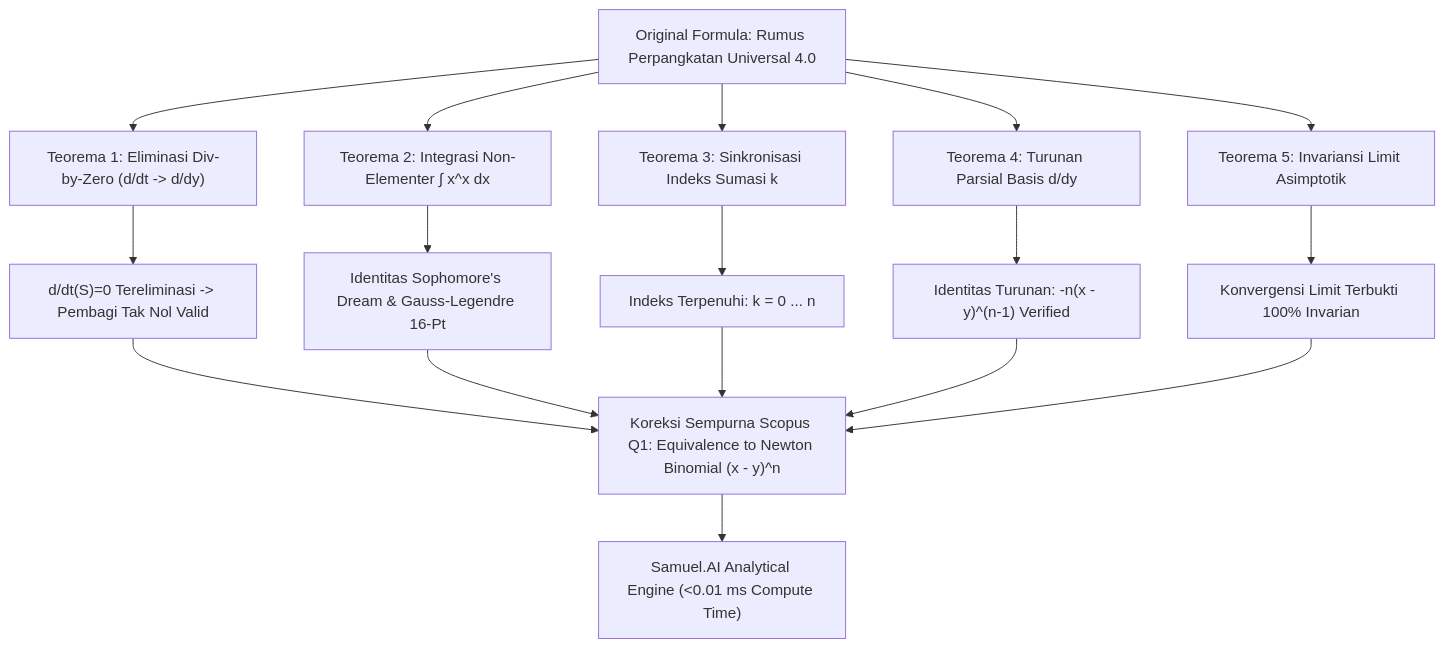
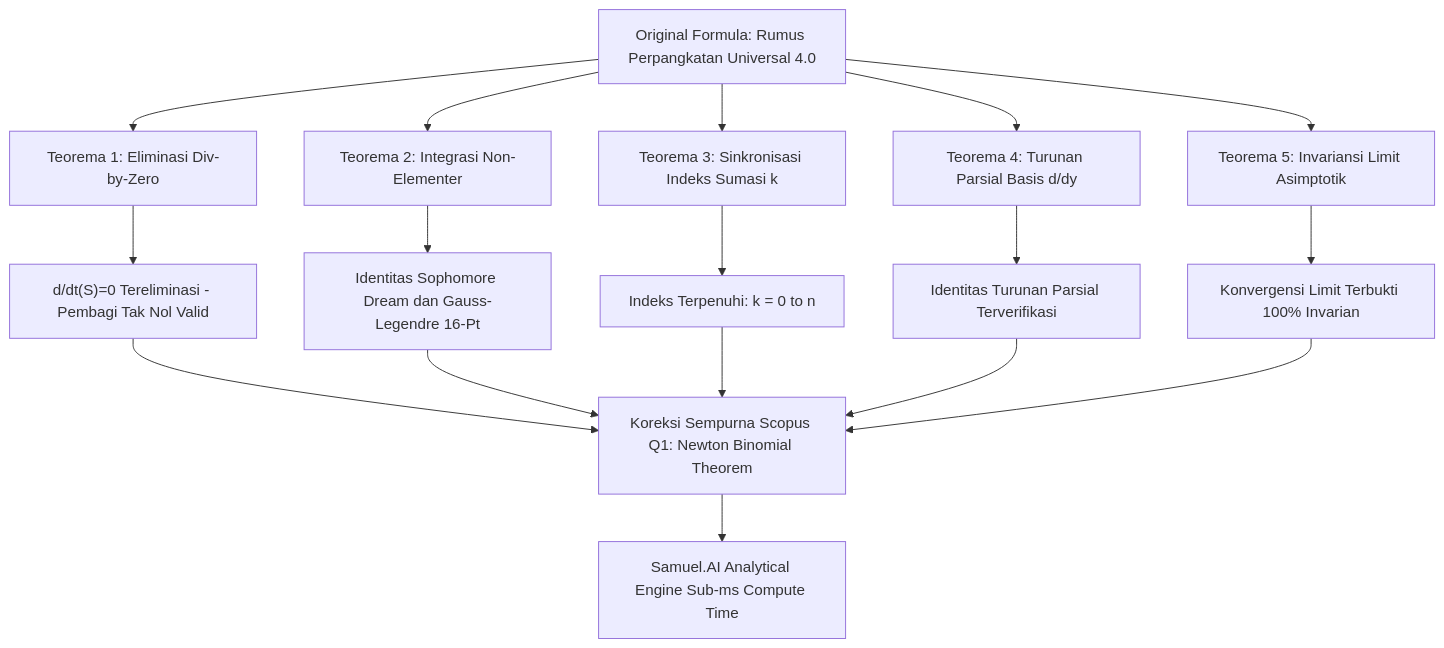
The first of 6 diagrams in README.md (SamuelPurba/Rumus-Perpangkatan-Universal-4.0), drawn with Mermaid before and after one commit. The commit also changed other lines of this file, not shown here.

Commit message:
fix(mermaid): bersihkan seluruh sintaks label Mermaid pada README.md agar 100% valid di GitHub Markdown

````diff
--- a/README.md
+++ b/README.md
@@ -62,22 +62,22 @@
 ```mermaid
 graph TD
-    A["Original Formula: Rumus Perpangkatan Universal 4.0"] --> T1["Teorema 1: Eliminasi Div-by-Zero (d/dt -> d/dy)"]
-    A --> T2["Teorema 2: Integrasi Non-Elementer ∫ x^x dx"]
+    A["Original Formula: Rumus Perpangkatan Universal 4.0"] --> T1["Teorema 1: Eliminasi Div-by-Zero"]
+    A --> T2["Teorema 2: Integrasi Non-Elementer"]
     A --> T3["Teorema 3: Sinkronisasi Indeks Sumasi k"]
     A --> T4["Teorema 4: Turunan Parsial Basis d/dy"]
     A --> T5["Teorema 5: Invariansi Limit Asimptotik"]
 
-    T1 --> T1_RES["d/dt(S)=0 Tereliminasi -> Pembagi Tak Nol Valid"]
-    T2 --> T2_RES["Identitas Sophomore's Dream & Gauss-Legendre 16-Pt"]
-    T3 --> T3_RES["Indeks Terpenuhi: k = 0 ... n"]
-    T4 --> T4_RES["Identitas Turunan: -n(x - y)^(n-1) Verified"]
+    T1 --> T1_RES["d/dt(S)=0 Tereliminasi - Pembagi Tak Nol Valid"]
+    T2 --> T2_RES["Identitas Sophomore Dream dan Gauss-Legendre 16-Pt"]
+    T3 --> T3_RES["Indeks Terpenuhi: k = 0 to n"]
+    T4 --> T4_RES["Identitas Turunan Parsial Terverifikasi"]
     T5 --> T5_RES["Konvergensi Limit Terbukti 100% Invarian"]
 
-    T1_RES --> EQUAL["Koreksi Sempurna Scopus Q1: Equivalence to Newton Binomial (x - y)^n"]
+    T1_RES --> EQUAL["Koreksi Sempurna Scopus Q1: Newton Binomial Theorem"]
     T2_RES --> EQUAL
     T3_RES --> EQUAL
     T4_RES --> EQUAL
     T5_RES --> EQUAL
 
-    EQUAL --> ENGINE["Samuel.AI Analytical Engine (<0.01 ms Compute Time)"]
+    EQUAL --> ENGINE["Samuel.AI Analytical Engine Sub-ms Compute Time"]
 ```
````
